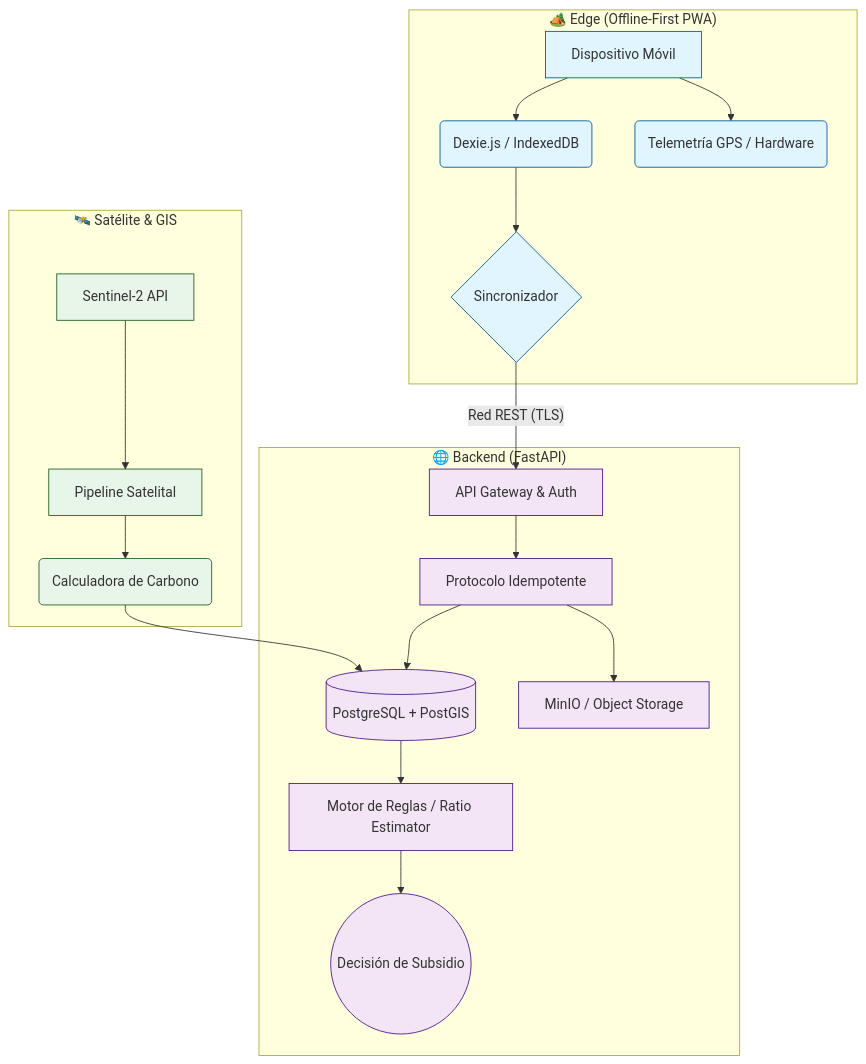
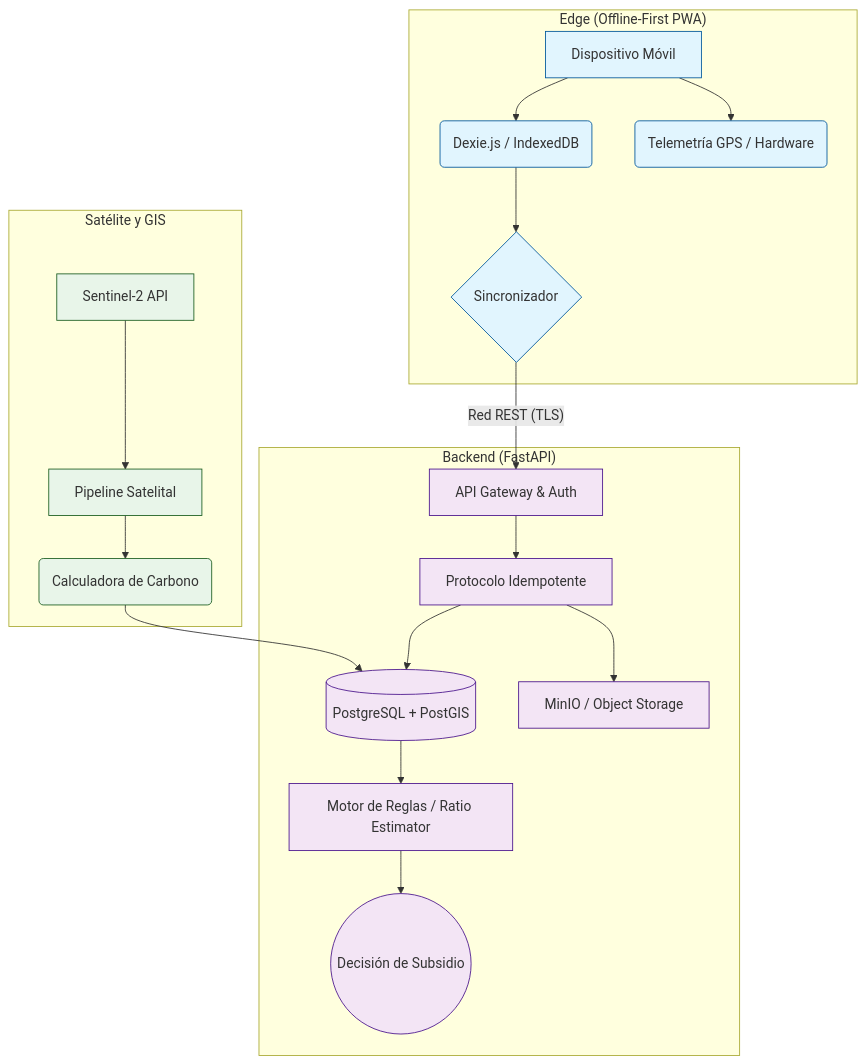
One commit to Antxnszn/Probosque-FEPI changed the first of 2 diagrams in README.md. Above: the diagram before and after it, drawn with Mermaid. The commit also changed other lines of this file, not shown here.

````diff
--- a/README.md
+++ b/README.md
@@ -39,32 +39,32 @@
 ```mermaid
 graph TD
-    subgraph "🏕️ Edge (Offline-First PWA)"
+    subgraph "Edge (Offline-First PWA)"
         A[Dispositivo Móvil] --> B(Dexie.js / IndexedDB)
         A --> C(Telemetría GPS / Hardware)
         B --> D{Sincronizador}
     end
 
-    subgraph "🌐 Backend (FastAPI)"
+    subgraph "Backend (FastAPI)"
         D -- "Red REST (TLS)" --> E[API Gateway & Auth]
         E --> F[Protocolo Idempotente]
         F --> G[(PostgreSQL + PostGIS)]
         F --> M[MinIO / Object Storage]
         
         G --> H[Motor de Reglas / Ratio Estimator]
         H --> I((Decisión de Subsidio))
     end
 
-    subgraph "🛰️ Satélite & GIS"
+    subgraph "Satélite y GIS"
         J[Sentinel-2 API] --> K[Pipeline Satelital]
         K --> L(Calculadora de Carbono)
         L --> G
     end
 
     classDef edge fill:#e1f5fe,stroke:#01579b;
     classDef back fill:#f3e5f5,stroke:#4a148c;
     classDef gis fill:#e8f5e9,stroke:#1b5e20;
     
     class A,B,C,D edge;
     class E,F,G,H,I,M back;
     class J,K,L gis;
 ```
````
